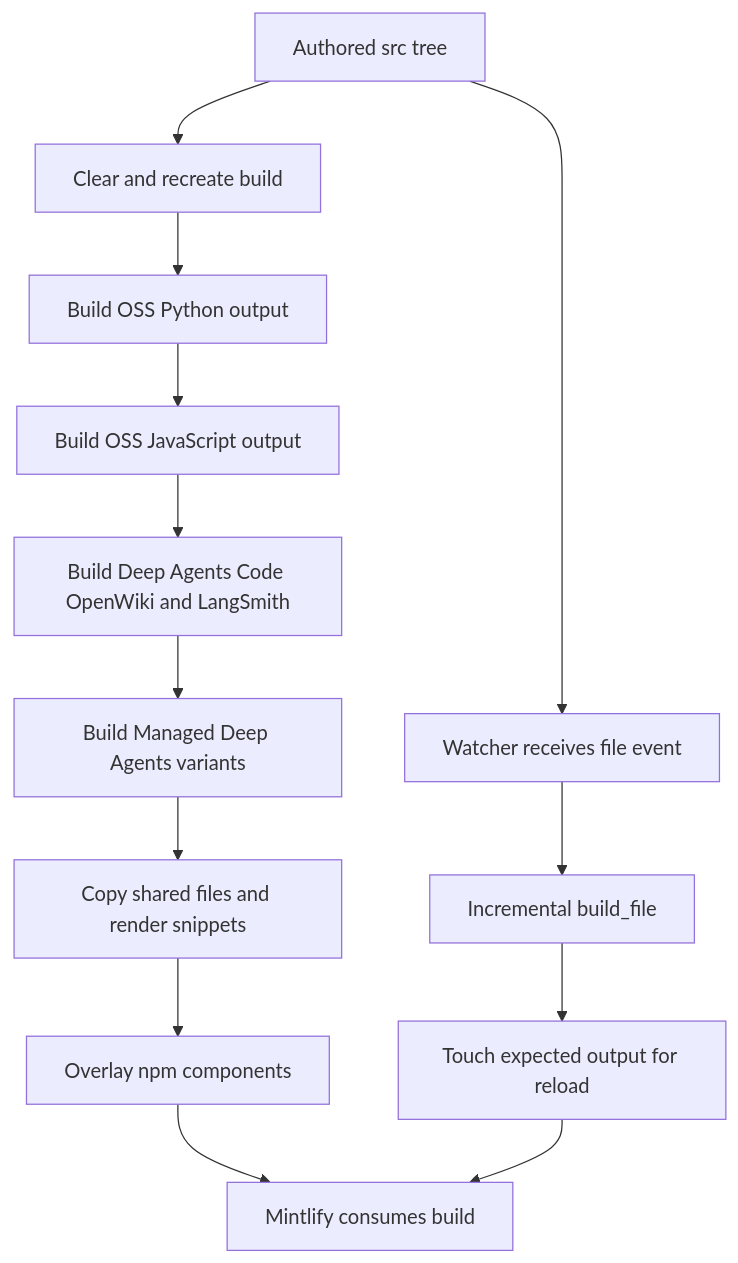
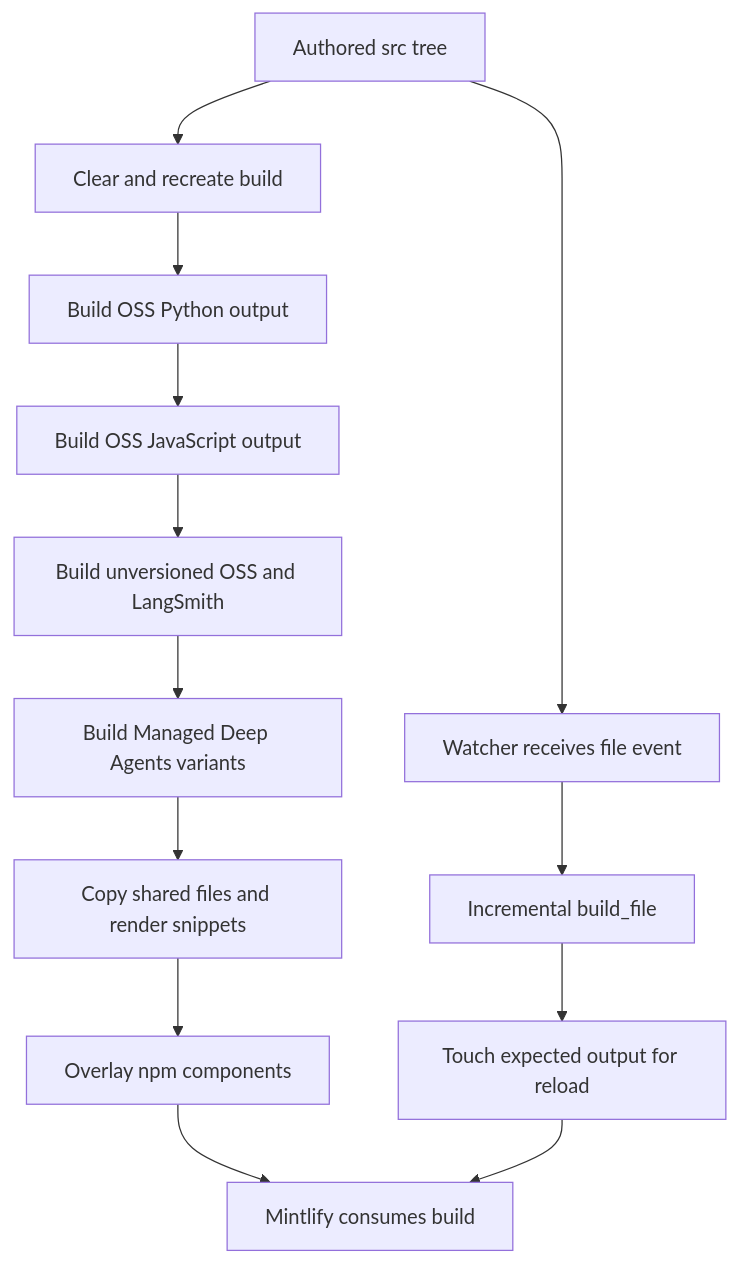
Before and after one commit to langchain-ai/docs: the diagram in openwiki/architecture/build-system.md, drawn with Mermaid. The commit also changed other lines of this file and 47 other files, not shown here.

Commit message:
docs: update OpenWiki

````diff
--- a/openwiki/architecture/build-system.md
+++ b/openwiki/architecture/build-system.md
@@ -45,15 +49,15 @@
 ```mermaid
 flowchart TD
     Source["Authored src tree"] --> Clear["Clear and recreate build"]
     Clear --> Py["Build OSS Python output"]
     Py --> Js["Build OSS JavaScript output"]
-    Js --> Unversioned["Build Deep Agents Code OpenWiki and LangSmith"]
+    Js --> Unversioned["Build unversioned OSS and LangSmith"]
     Unversioned --> Managed["Build Managed Deep Agents variants"]
     Managed --> Shared["Copy shared files and render snippets"]
     Shared --> Overlay["Overlay npm components"]
     Overlay --> Mint["Mintlify consumes build"]
     Source --> Watch["Watcher receives file event"]
     Watch --> Incremental["Incremental build_file"]
     Incremental --> Touch["Touch expected output for reload"]
     Touch --> Mint
 ```
````
